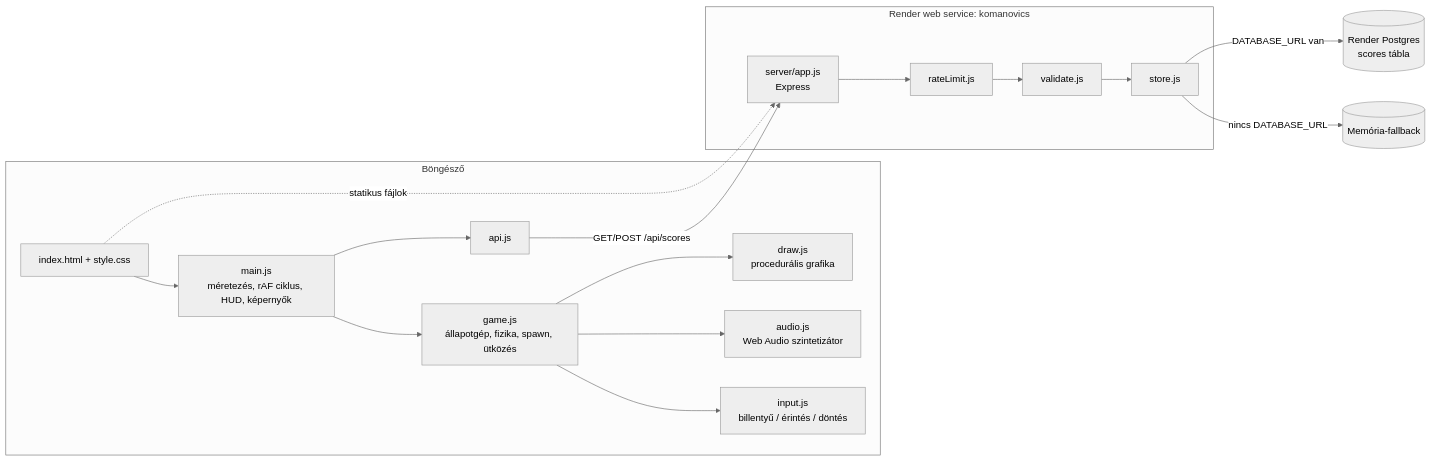
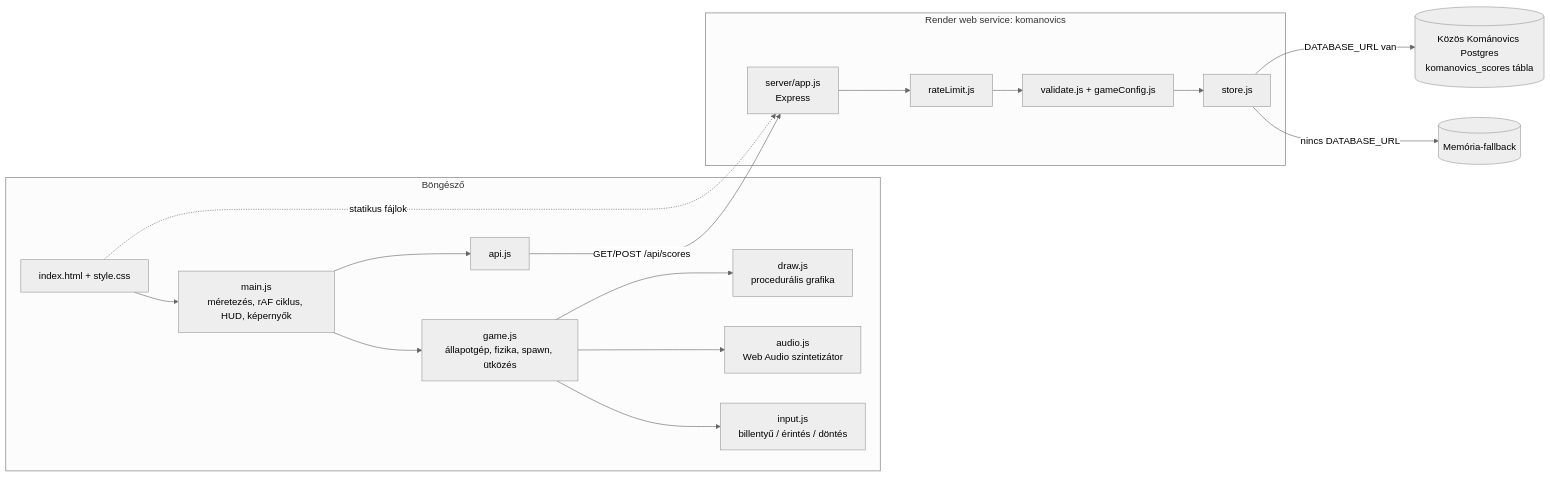
One commit to zsirafmix/komanovics changed the first of 2 diagrams in docs/ARCHITECTURE.md. Above: the diagram before and after it, drawn with Mermaid (neutral theme). The commit also changed other lines of this file and 18 other files, not shown here.

Commit message:
Szerver: játék-specifikus komanovics_scores tábla (SCORES_TABLE) a közös Kománovics-adatbázishoz, gameConfig.js, táblanév-validálás, tesztek és dokumentáció

````diff
--- a/docs/ARCHITECTURE.md
+++ b/docs/ARCHITECTURE.md
@@ -8,30 +8,30 @@
 ```mermaid
 flowchart LR
   subgraph BROWSER [Böngésző]
     HTML[index.html + style.css]
     MAIN[main.js<br/>méretezés, rAF ciklus, HUD, képernyők]
     GAME[game.js<br/>állapotgép, fizika, spawn, ütközés]
     DRAW[draw.js<br/>procedurális grafika]
     AUDIO[audio.js<br/>Web Audio szintetizátor]
     INPUT[input.js<br/>billentyű / érintés / döntés]
     API[api.js]
     HTML --> MAIN
     MAIN --> GAME --> DRAW
     GAME --> AUDIO
     GAME --> INPUT
     MAIN --> API
   end
   subgraph RENDER [Render web service: komanovics]
     EXP[server/app.js<br/>Express]
-    VAL[validate.js]
+    VAL[validate.js + gameConfig.js]
     RL[rateLimit.js]
     STORE[store.js]
     EXP --> RL --> VAL --> STORE
   end
-  PG[(Render Postgres<br/>scores tábla)]
+  PG[(Közös Kománovics Postgres<br/>komanovics_scores tábla)]
   MEM[(Memória-fallback)]
   API -- "GET/POST /api/scores" --> EXP
   HTML -. statikus fájlok .-> EXP
   STORE -- DATABASE_URL van --> PG
   STORE -- nincs DATABASE_URL --> MEM
 ```
````
